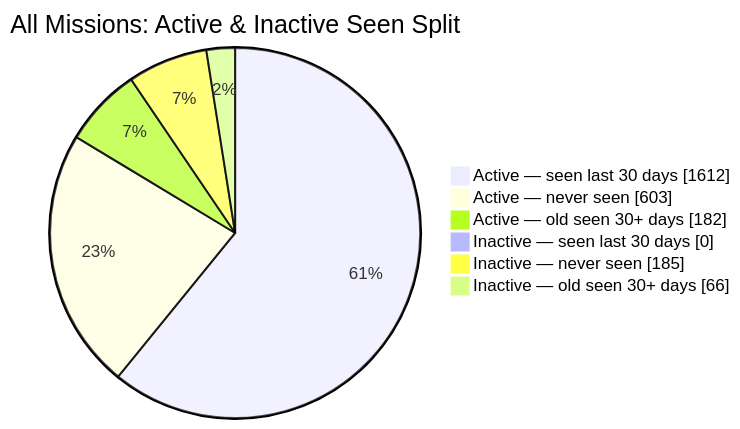
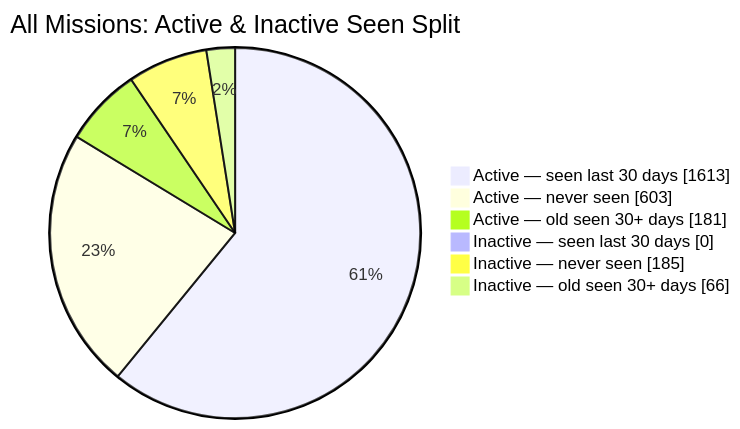
One commit to MeldkamerspelGameTeam/active-missions changed the second of 2 diagrams in README.md. Above: the diagram before and after it, drawn with Mermaid. The commit also changed other lines of this file and 2 other files, not shown here.

````diff
--- a/README.md
+++ b/README.md
@@ -44,10 +44,10 @@
 ```mermaid
 pie showData
     title All Missions: Active & Inactive Seen Split
-    "Active — seen last 30 days" : 1612
+    "Active — seen last 30 days" : 1613
     "Active — never seen" : 603
-    "Active — old seen 30+ days" : 182
+    "Active — old seen 30+ days" : 181
     "Inactive — seen last 30 days" : 0
     "Inactive — never seen" : 185
     "Inactive — old seen 30+ days" : 66
 ```
````
